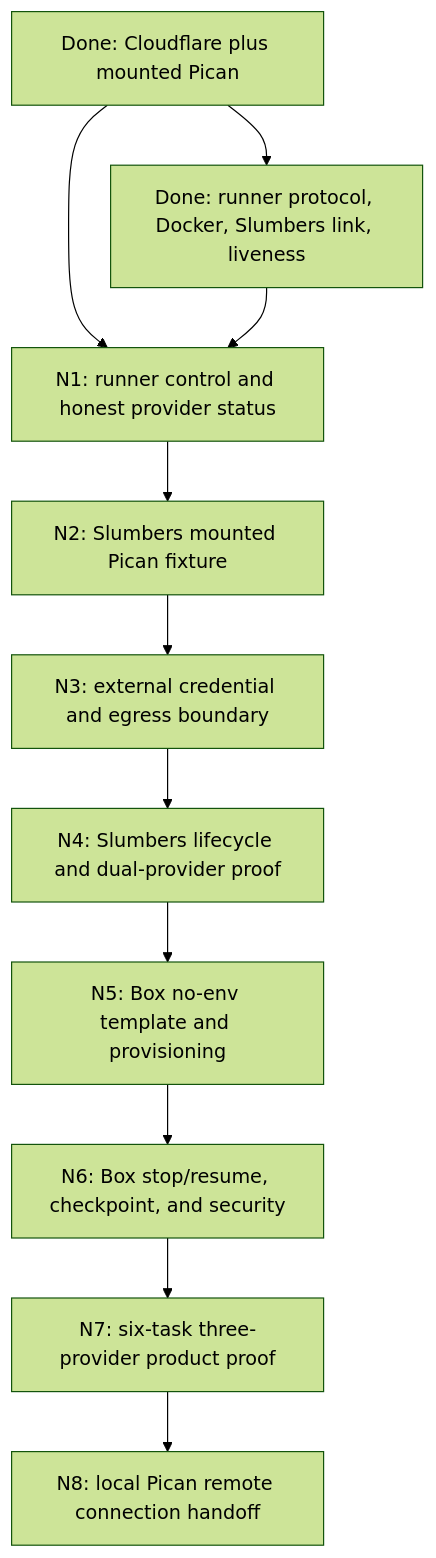
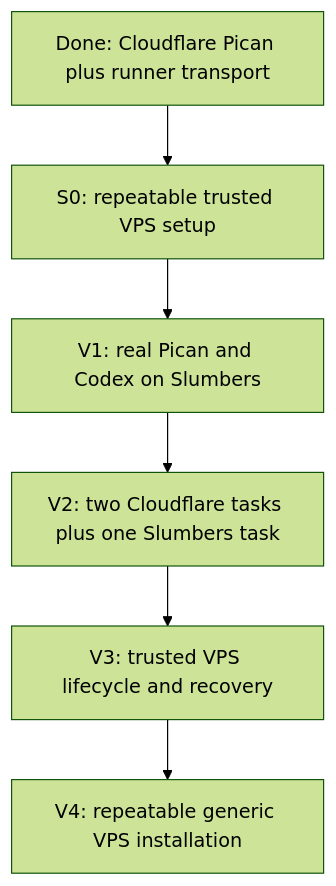
The second of 2 diagrams in PORTABLE_EXECUTION_PLAN.md (Yeshwanthyk/scotty), drawn with Mermaid (forest theme) before and after one commit. The commit also changed other lines of this file and 21 other files, not shown here.

Commit message:
Complete trusted VPS Pican vertical slice

````diff
--- a/PORTABLE_EXECUTION_PLAN.md
+++ b/PORTABLE_EXECUTION_PLAN.md
@@ -577,17 +515,9 @@
 ```mermaid
 flowchart TD
-    D[Done: Cloudflare plus mounted Pican] --> C
-    D --> R
-    R[Done: runner protocol, Docker, Slumbers link, liveness] --> C
-
-    C[N1: runner control and honest provider status] --> S1
-    S1[N2: Slumbers mounted Pican fixture] --> S2
-    S2[N3: external credential and egress boundary] --> S3
-    S3[N4: Slumbers lifecycle and dual-provider proof] --> B1
-
-    B1[N5: Box no-env template and provisioning] --> B2
-    B2[N6: Box stop/resume, checkpoint, and security] --> M
-
-    M[N7: six-task three-provider product proof] --> P
-    P[N8: local Pican remote connection handoff]
+    D[Done: Cloudflare Pican plus runner transport] --> S0
+    S0[S0: repeatable trusted VPS setup] --> V1
+    V1[V1: real Pican and Codex on Slumbers] --> V2
+    V2[V2: two Cloudflare tasks plus one Slumbers task] --> V3
+    V3[V3: trusted VPS lifecycle and recovery] --> V4
+    V4[V4: repeatable generic VPS installation]
 ```
````
